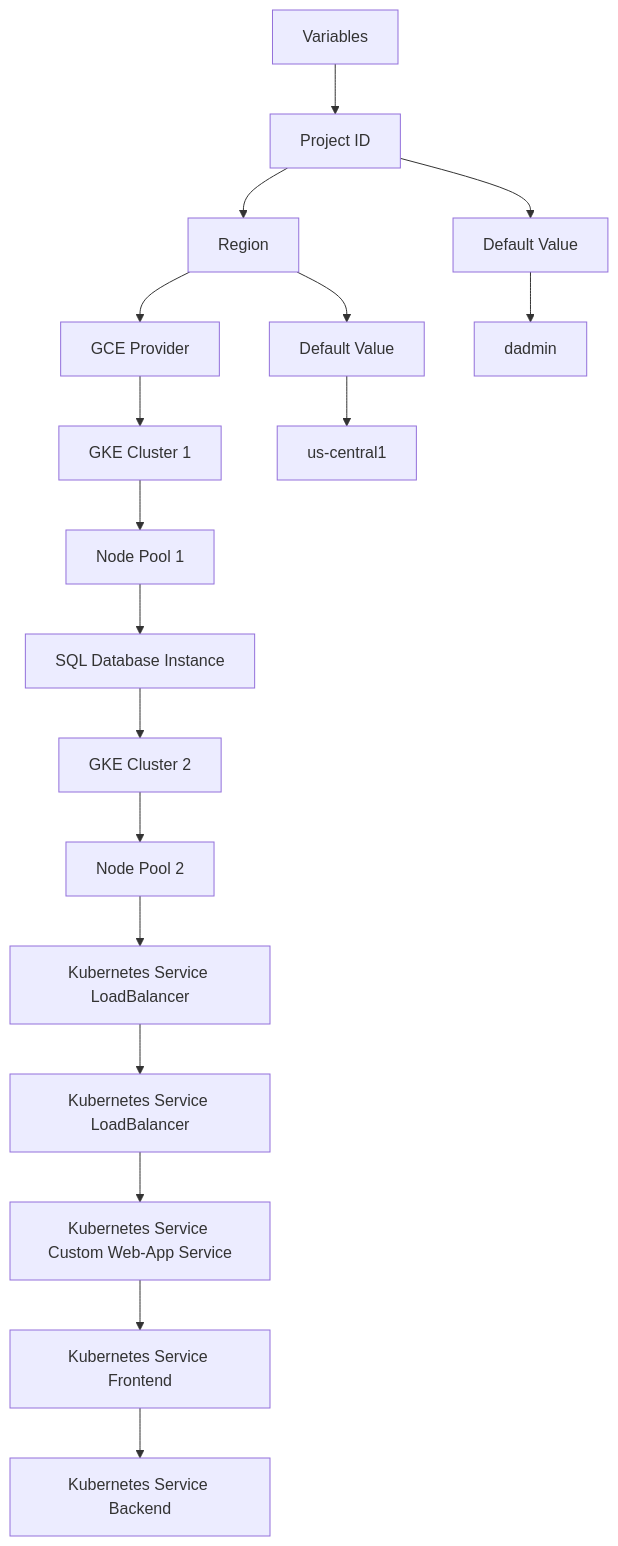
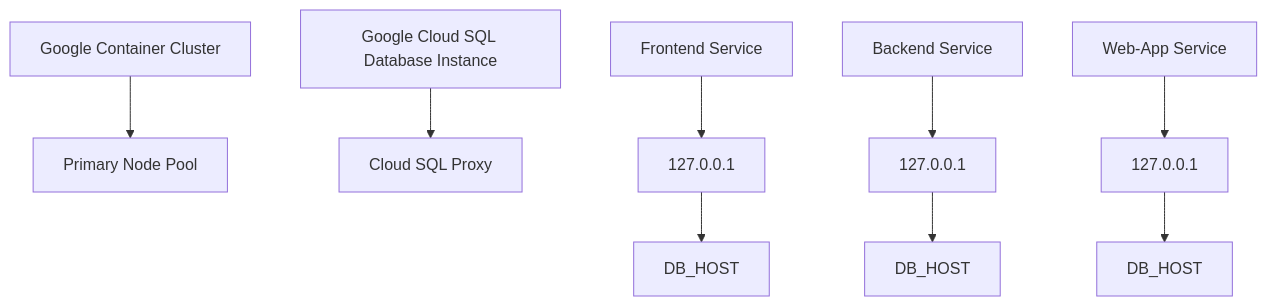
Before and after one commit to Hacka25/webapp: the third of 3 diagrams in README.md, drawn with Mermaid.

Commit message:
[skip-autodocs] Update README and architecture diagram

````diff
--- a/README.md
+++ b/README.md
@@ -91,6 +91,8 @@
 ```mermaid
 graph TD
-    A[Variables] --> B[Project ID] --> C[Region] --> D[GCE Provider] --> E[GKE Cluster 1] --> F[Node Pool 1] --> G[SQL Database Instance] --> H[GKE Cluster 2] --> I[Node Pool 2] --> J[Kubernetes Service LoadBalancer] --> K[Kubernetes Service LoadBalancer] --> L[Kubernetes Service Custom Web-App Service] --> M[Kubernetes Service Frontend] --> N[Kubernetes Service Backend]
-    B --> P[Default Value] --> dadmin
-    C --> Q[Default Value] --> us-central1
+    A[Google Container Cluster] --> B[Primary Node Pool]
+    C[Google Cloud SQL Database Instance] --> D[Cloud SQL Proxy]
+    E[Frontend Service] --> F["127.0.0.1"] --> G[DB_HOST]
+    H[Backend Service] --> I["127.0.0.1"] --> J[DB_HOST]
+    K[Web-App Service] --> L["127.0.0.1"] --> M[DB_HOST]
 ```
````
